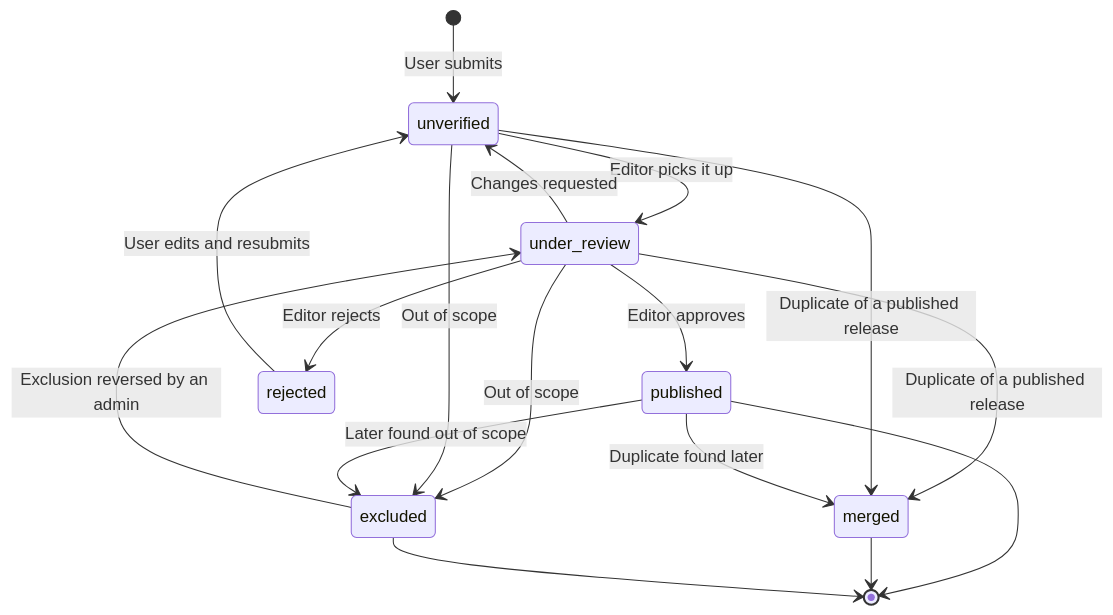
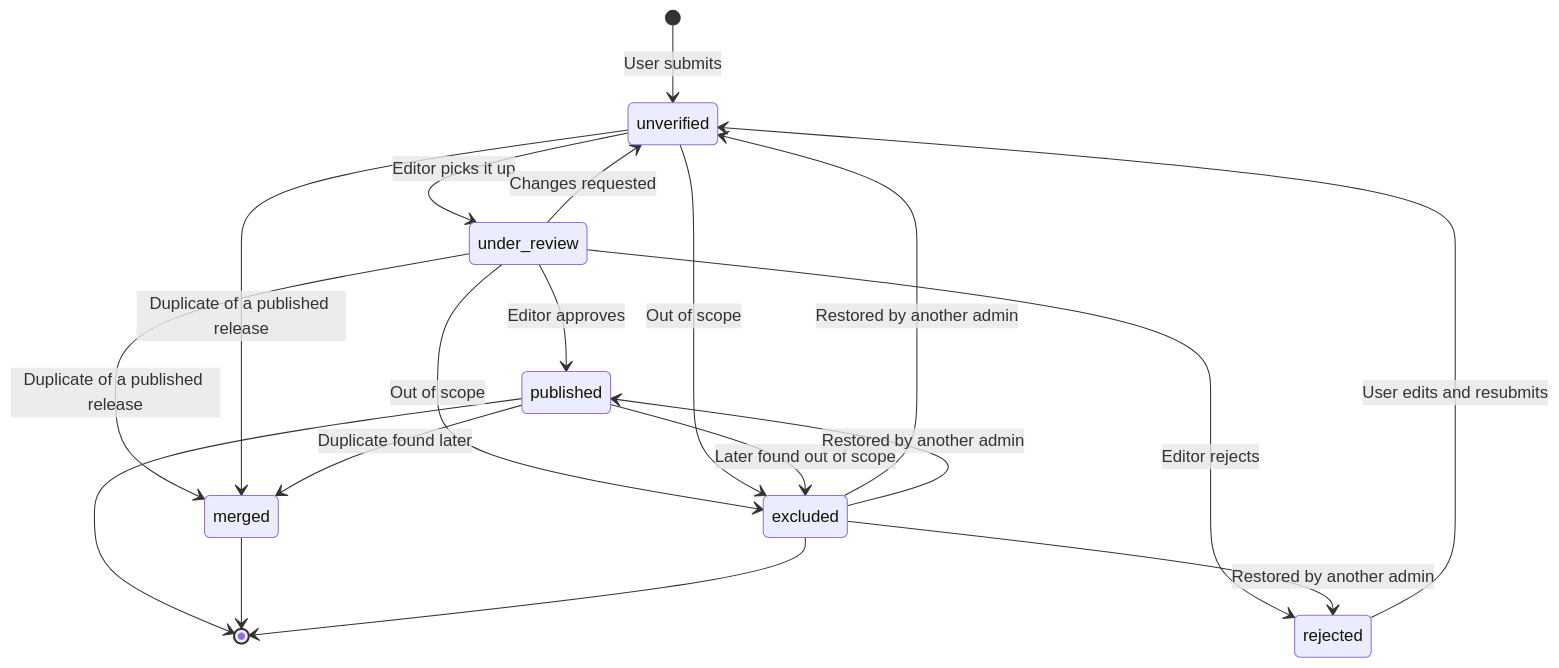
Before and after one commit to lesa0208/my-game-dex: the seventh of 14 diagrams in docs/architecture/relationships.md, drawn with Mermaid. The commit also changed other lines of this file and 39 other files, not shown here.

````diff
--- a/docs/architecture/relationships.md
+++ b/docs/architecture/relationships.md
@@ -402,19 +402,21 @@
 ```mermaid
 stateDiagram-v2
   [*] --> unverified: User submits
   unverified --> under_review: Editor picks it up
   under_review --> unverified: Changes requested
   under_review --> published: Editor approves
   under_review --> rejected: Editor rejects
   under_review --> excluded: Out of scope
   unverified --> excluded: Out of scope
   under_review --> merged: Duplicate of a published release
   unverified --> merged: Duplicate of a published release
   rejected --> unverified: User edits and resubmits
   published --> merged: Duplicate found later
   published --> excluded: Later found out of scope
-  excluded --> under_review: Exclusion reversed by an admin
+  excluded --> unverified: Restored by another admin
+  excluded --> rejected: Restored by another admin
+  excluded --> published: Restored by another admin
   published --> [*]
   merged --> [*]
   excluded --> [*]
 ```
````
